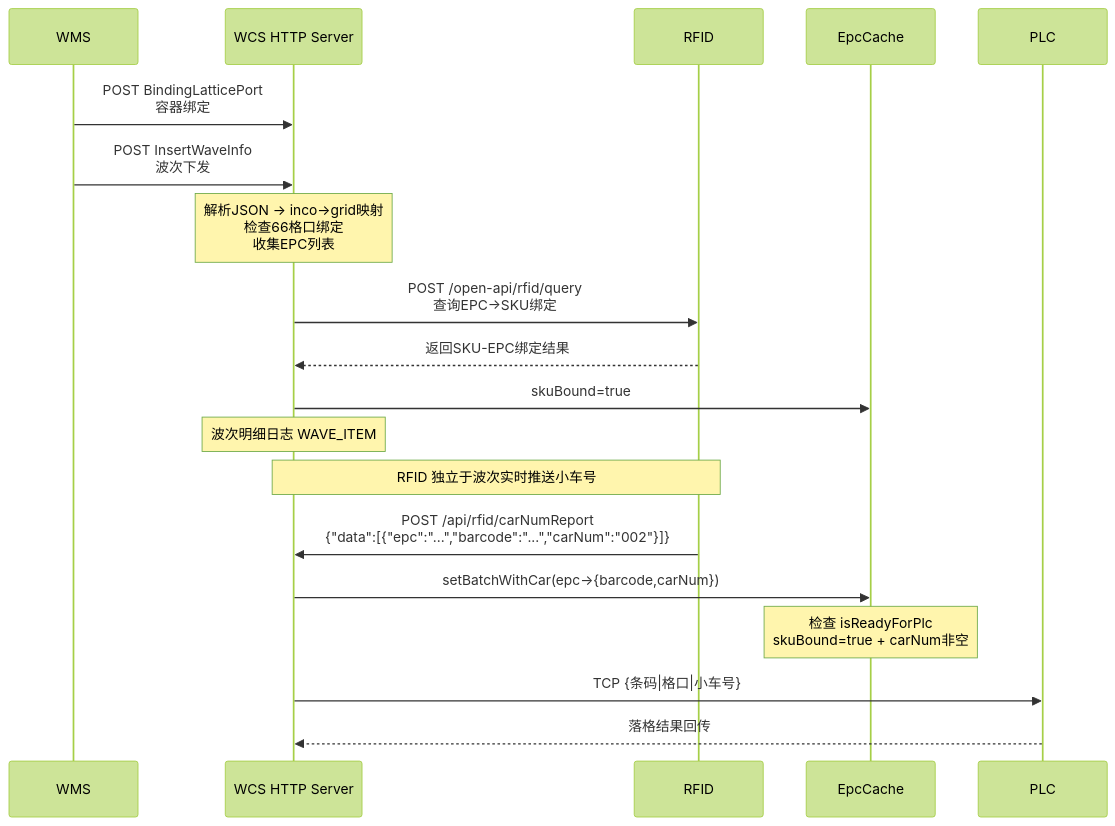
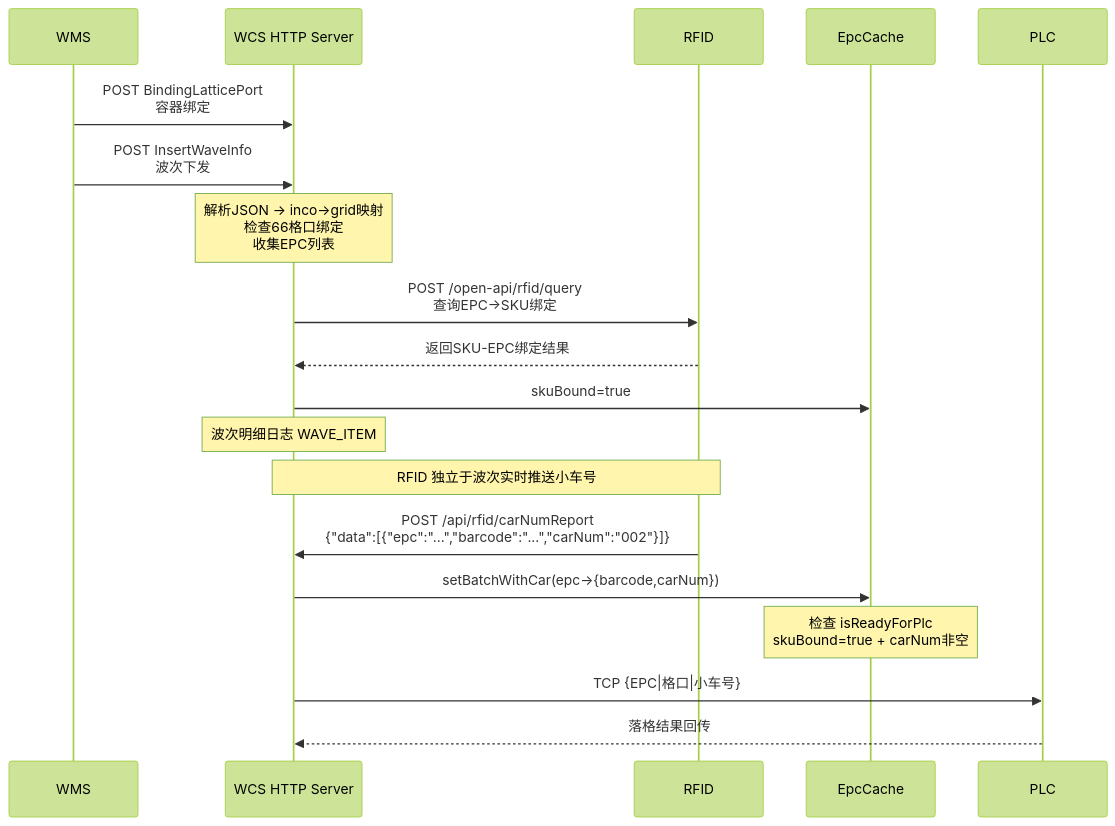
The fourth of 12 diagrams in WCSHttpServer-材料/业务流程说明.md (dryQAQ/WCSHttpServer), drawn with Mermaid (forest theme) before and after one commit. The commit also changed other lines of this file and 68 other files, not shown here.

````diff
--- a/WCSHttpServer-材料/业务流程说明.md
+++ b/WCSHttpServer-材料/业务流程说明.md
@@ -134,28 +134,28 @@
 ```mermaid
 sequenceDiagram
     participant WMS as WMS
     participant WCS as WCS HTTP Server
     participant RFID as RFID
     participant EC as EpcCache
     participant PLC as PLC
 
     WMS->>WCS: POST BindingLatticePort<br/>容器绑定
     WMS->>WCS: POST InsertWaveInfo<br/>波次下发
 
     Note over WCS: 解析JSON → inco→grid映射<br/>检查66格口绑定<br/>收集EPC列表
 
     WCS->>RFID: POST /open-api/rfid/query<br/>查询EPC→SKU绑定
     RFID-->>WCS: 返回SKU-EPC绑定结果
     WCS->>EC: skuBound=true
 
     Note over WCS: 波次明细日志 WAVE_ITEM
 
     Note over RFID,WCS: RFID 独立于波次实时推送小车号
     RFID->>WCS: POST /api/rfid/carNumReport<br/>{"data":[{"epc":"...","barcode":"...","carNum":"002"}]}
     WCS->>EC: setBatchWithCar(epc→{barcode,carNum})
 
     Note over EC: 检查 isReadyForPlc<br/>skuBound=true + carNum非空
 
-    WCS->>PLC: TCP {条码|格口|小车号}
+    WCS->>PLC: TCP {EPC|格口|小车号}
     PLC-->>WCS: 落格结果回传
 ```
````
